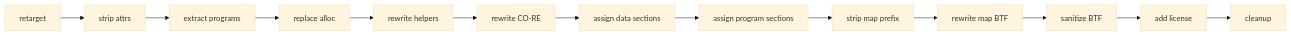
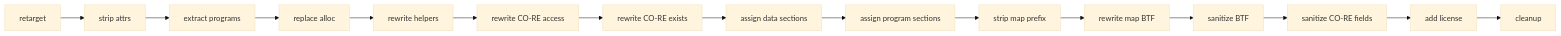
Before and after one commit to kyleseneker/tinybpf: the second of 2 diagrams in docs/ARCHITECTURE.md, drawn with Mermaid (base theme). The commit also changed other lines of this file and 10 other files, not shown here.

````diff
--- a/docs/ARCHITECTURE.md
+++ b/docs/ARCHITECTURE.md
@@ -123,15 +130,17 @@
 ```mermaid
 graph LR
     A["retarget"] --> B["strip attrs"]
     B --> C["extract programs"]
     C --> D["replace alloc"]
     D --> E["rewrite helpers"]
-    E --> E2["rewrite CO-RE"]
-    E2 --> F["assign data sections"]
+    E --> E2["rewrite CO-RE access"]
+    E2 --> E3["rewrite CO-RE exists"]
+    E3 --> F["assign data sections"]
     F --> G["assign program sections"]
     G --> H["strip map prefix"]
     H --> I["rewrite map BTF"]
     I --> J["sanitize BTF"]
-    J --> K["add license"]
+    J --> J2["sanitize CO-RE fields"]
+    J2 --> K["add license"]
     K --> L["cleanup"]
 ```
````
